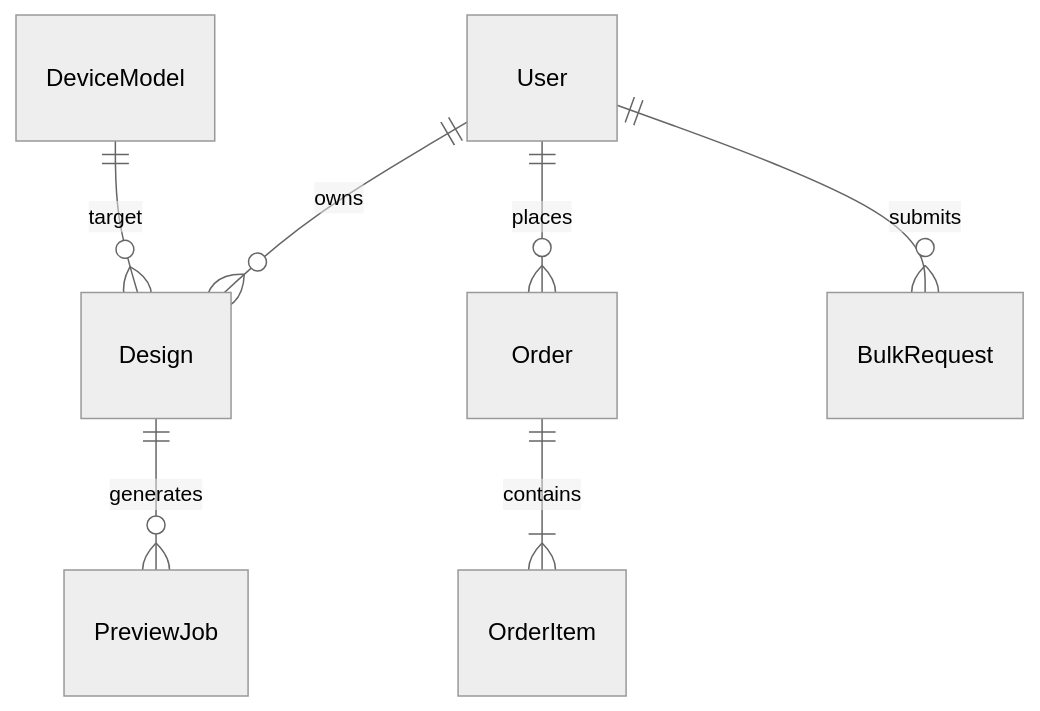
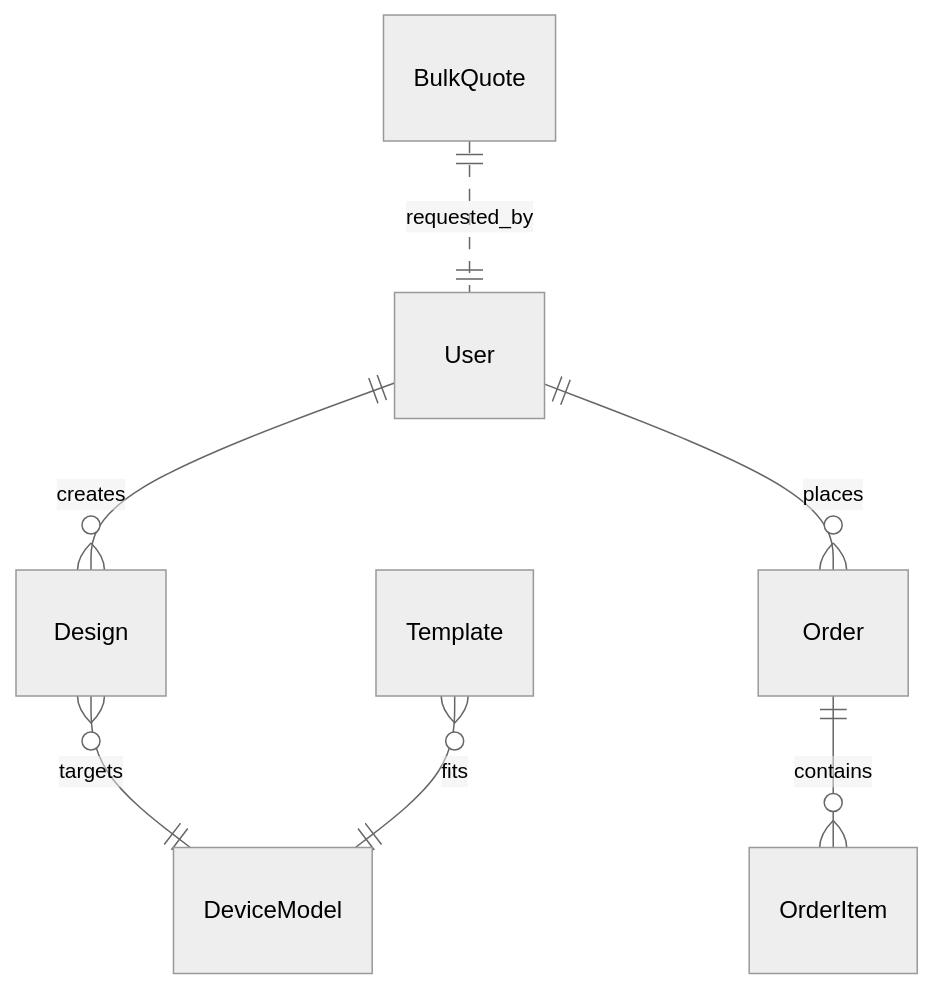
Before and after one commit to YassinYakoubi/nure_for_you_app-demo-: the fifth of 5 diagrams in laps.md, drawn with Mermaid (neutral theme). The commit also changed other lines of this file, not shown here.

````diff
--- a/laps.md
+++ b/laps.md
@@ -434,9 +469,9 @@
 ```mermaid
 erDiagram
-  User ||--o{ Design : "owns"
-  User ||--o{ Order : "places"
-  Order ||--|{ OrderItem : "contains"
-  DeviceModel ||--o{ Design : "target"
-  Design ||--o{ PreviewJob : "generates"
-  User ||--o{ BulkRequest : "submits"
+  User ||--o{ Design : creates
+  User ||--o{ Order : places
+  Order ||--o{ OrderItem : contains
+  Design }o--|| DeviceModel : targets
+  Template }o--|| DeviceModel : fits
+  BulkQuote ||..|| User : requested_by
 ```
````
